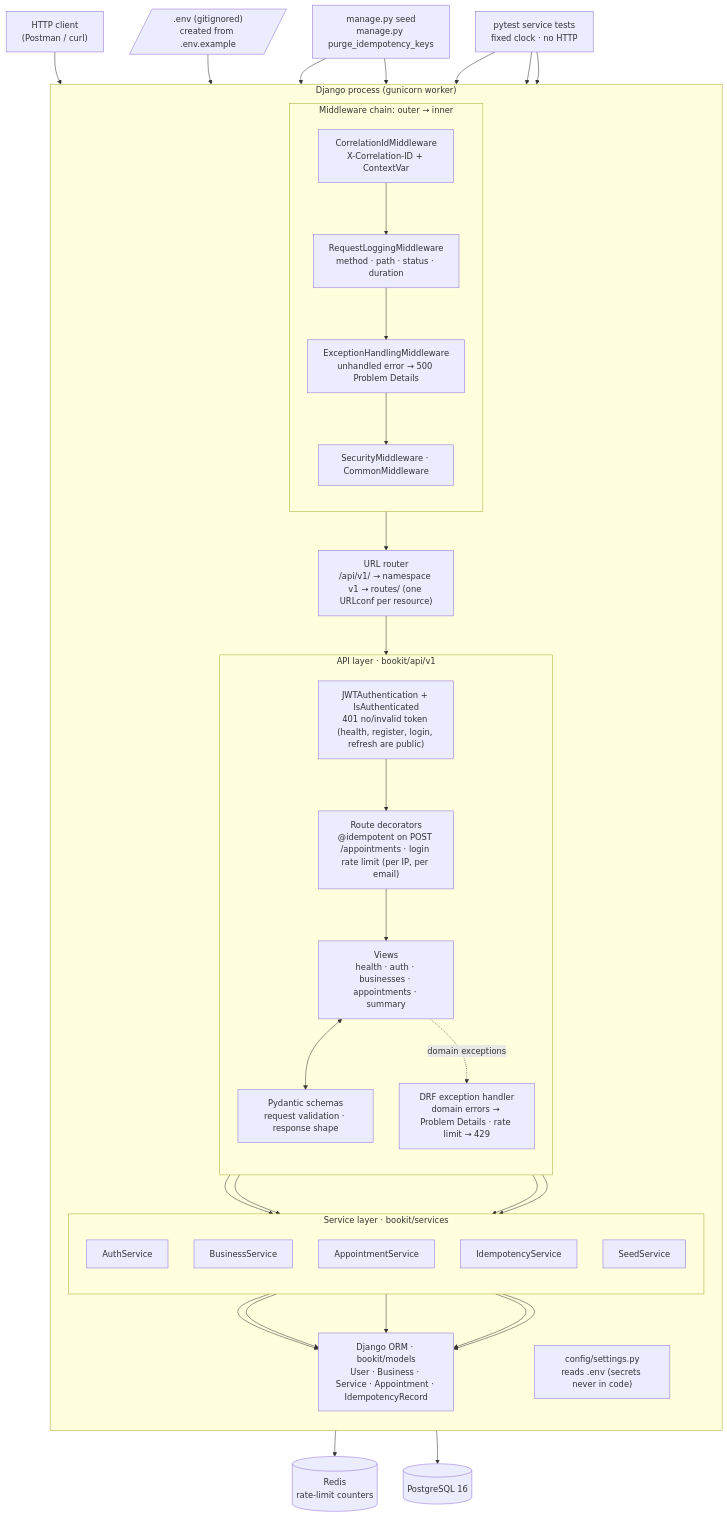
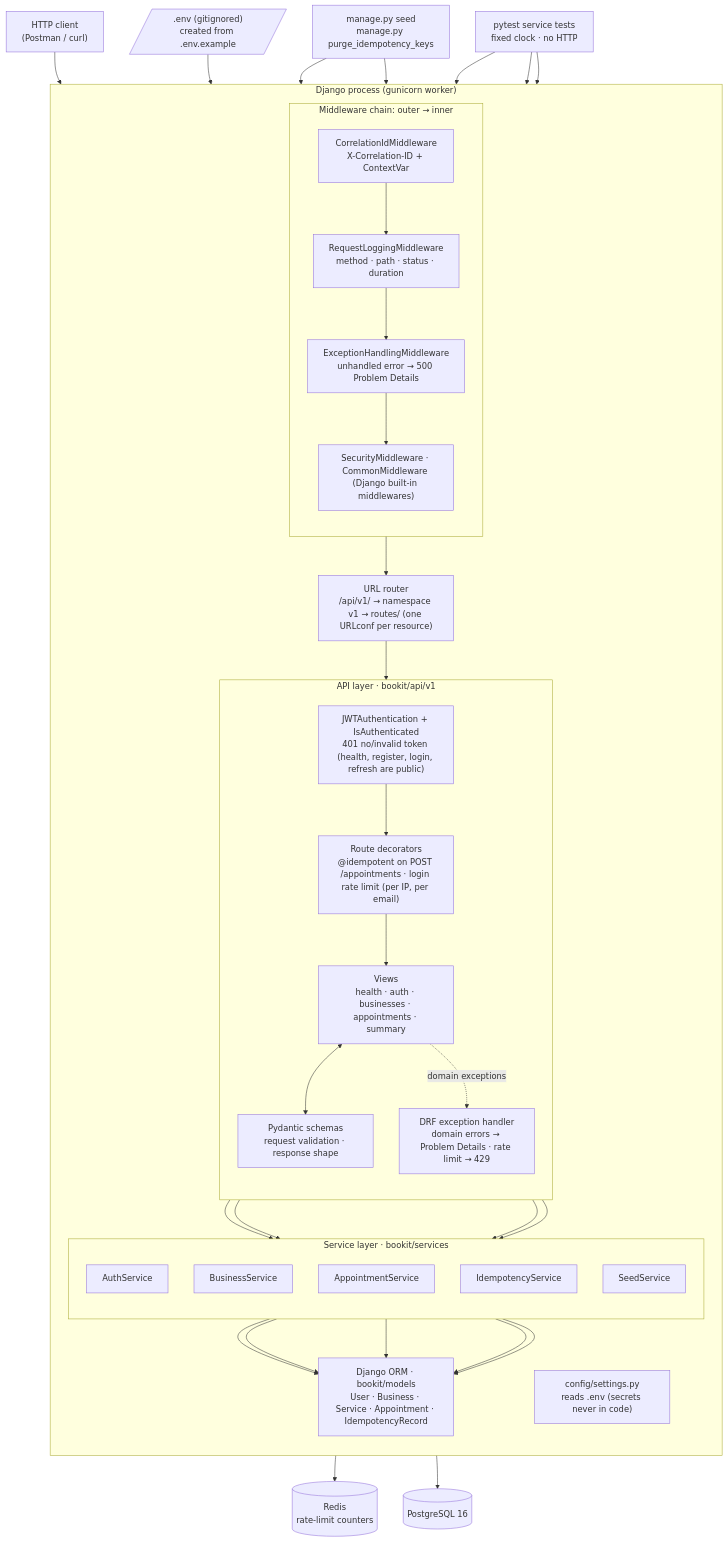
The first of 4 diagrams in README.md (YonatanHen/BookItAPI), drawn with Mermaid before and after one commit. The commit also changed other lines of this file, not shown here.

````diff
--- a/README.md
+++ b/README.md
@@ -105,67 +105,67 @@
 ```mermaid
 flowchart TB
     client["HTTP client<br/>(Postman / curl)"]
 
     subgraph proc["Django process (gunicorn worker)"]
         direction TB
         subgraph mw["Middleware chain: outer → inner"]
             direction TB
             m1["CorrelationIdMiddleware<br/>X-Correlation-ID + ContextVar"]
             m2["RequestLoggingMiddleware<br/>method · path · status · duration"]
             m3["ExceptionHandlingMiddleware<br/>unhandled error → 500 Problem Details"]
-            m4["SecurityMiddleware · CommonMiddleware"]
+            m4["SecurityMiddleware · CommonMiddleware (Django built-in middlewares)"]
             m1 --> m2 --> m3 --> m4
         end
 
         router["URL router<br/>/api/v1/ → namespace v1 → routes/ (one URLconf per resource)"]
 
         subgraph api["API layer · bookit/api/v1"]
             direction TB
             authn["JWTAuthentication + IsAuthenticated<br/>401 no/invalid token (health, register, login, refresh are public)"]
             guards["Route decorators<br/>@idempotent on POST /appointments · login rate limit (per IP, per email)"]
             views["Views<br/>health · auth · businesses · appointments · summary"]
             schemas["Pydantic schemas<br/>request validation · response shape"]
             handler["DRF exception handler<br/>domain errors → Problem Details · rate limit → 429"]
         end
 
         subgraph services["Service layer · bookit/services"]
             direction TB
             s1["AuthService"]
             s2["BusinessService"]
             s3["AppointmentService"]
             s4["IdempotencyService"]
             s5["SeedService"]
         end
 
         orm["Django ORM · bookit/models<br/>User · Business · Service · Appointment · IdempotencyRecord"]
         cfg["config/settings.py<br/>reads .env (secrets never in code)"]
     end
 
     db[("PostgreSQL 16")]
     redis[("Redis<br/>rate-limit counters")]
     envfile[/".env (gitignored)<br/>created from .env.example"/]
     cli["manage.py seed<br/>manage.py purge_idempotency_keys"]
     tests["pytest service tests<br/>fixed clock · no HTTP"]
 
     client --> m1
     m4 --> router --> authn --> guards --> views
     views <--> schemas
     views --> s1
     views --> s2
     views --> s3
     guards --> s4
     guards --> redis
     views -. "domain exceptions" .-> handler
     s1 --> orm
     s2 --> orm
     s3 --> orm
     s4 --> orm
     s5 --> orm
     orm --> db
     envfile --> cfg
     cli --> s5
     cli --> s4
     tests --> s3
     tests --> s2
     tests --> s1
 ```
````
